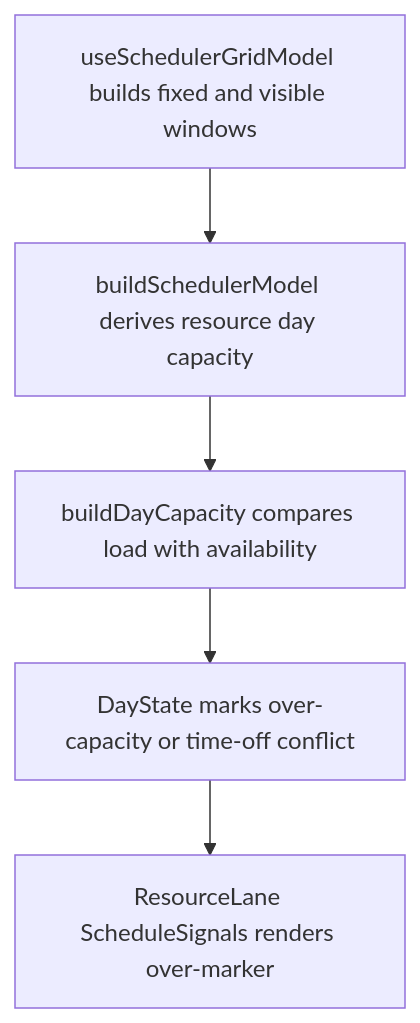
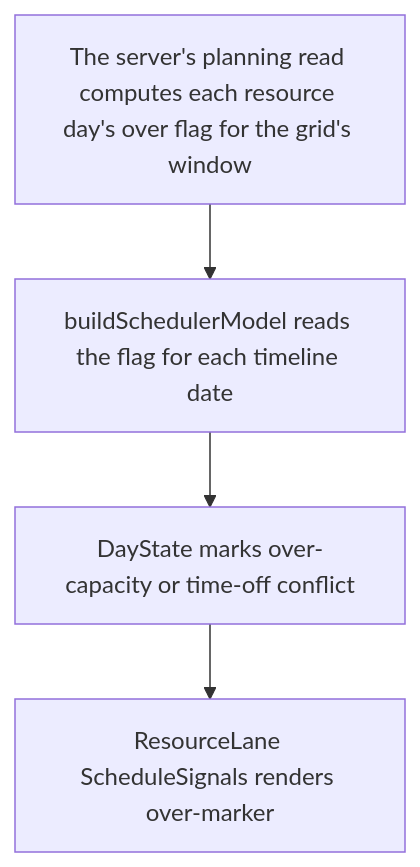
Before and after one commit to Kevinjohn/capacitylens: the second of 2 diagrams in user-stories/scheduler/US-SCH-09-over-allocation.md, drawn with Mermaid. The commit also changed other lines of this file and 59 other files, not shown here.

First line of the commit message:
Draw the server's capacity figures in the scheduler and overview

````diff
--- a/user-stories/scheduler/US-SCH-09-over-allocation.md
+++ b/user-stories/scheduler/US-SCH-09-over-allocation.md
@@ -38,7 +38,6 @@
 ```mermaid
 flowchart TD
-  A["useSchedulerGridModel builds fixed and visible windows"] --> B["buildSchedulerModel derives resource day capacity"]
-  B --> C["buildDayCapacity compares load with availability"]
-  C --> D["DayState marks over-capacity or time-off conflict"]
+  A["The server's planning read computes each resource day's over flag for the grid's window"] --> B["buildSchedulerModel reads the flag for each timeline date"]
+  B --> D["DayState marks over-capacity or time-off conflict"]
   D --> E["ResourceLane ScheduleSignals renders over-marker"]
 ```
````
